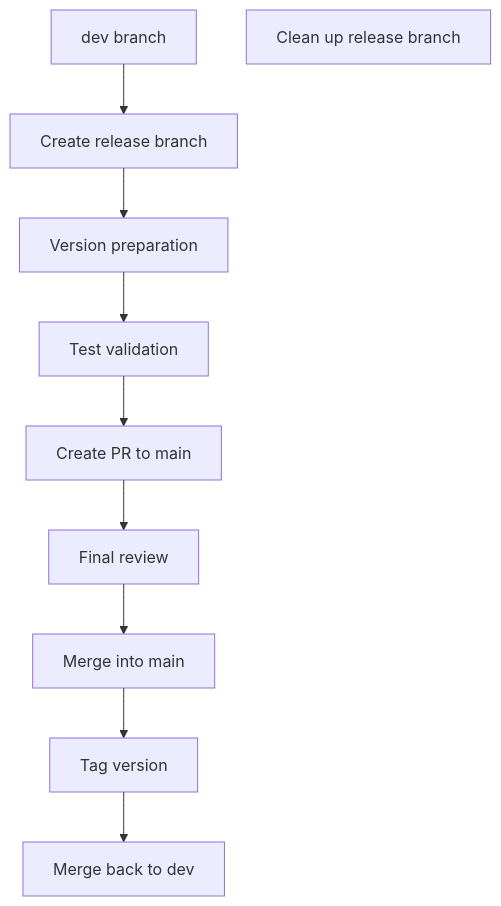
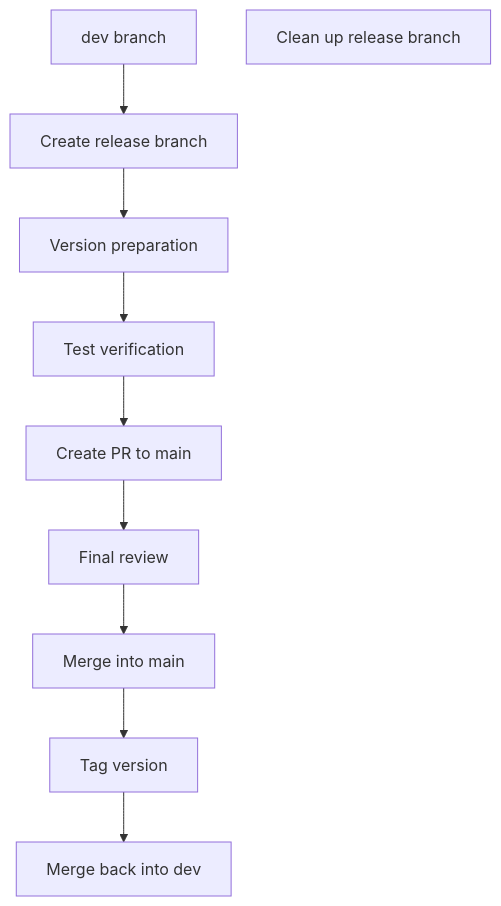
Before and after one commit to ChenXu233/YaoXiang: the third of 3 diagrams in docs/src/en/dev/branch-maintenance-guide.md, drawn with Mermaid. The commit also changed other lines of this file and 5 other files, not shown here.

````diff
--- a/docs/src/en/dev/branch-maintenance-guide.md
+++ b/docs/src/en/dev/branch-maintenance-guide.md
@@ -215,12 +215,12 @@
 ```mermaid
 graph TD
     A[dev branch] --> B[Create release branch]
     B --> C[Version preparation]
-    C --> D[Test validation]
+    C --> D[Test verification]
     D --> E[Create PR to main]
     E --> F[Final review]
     F --> G[Merge into main]
     G --> H[Tag version]
-    H --> I[Merge back to dev]
+    H --> I[Merge back into dev]
     J[Clean up release branch]
 ```
````
